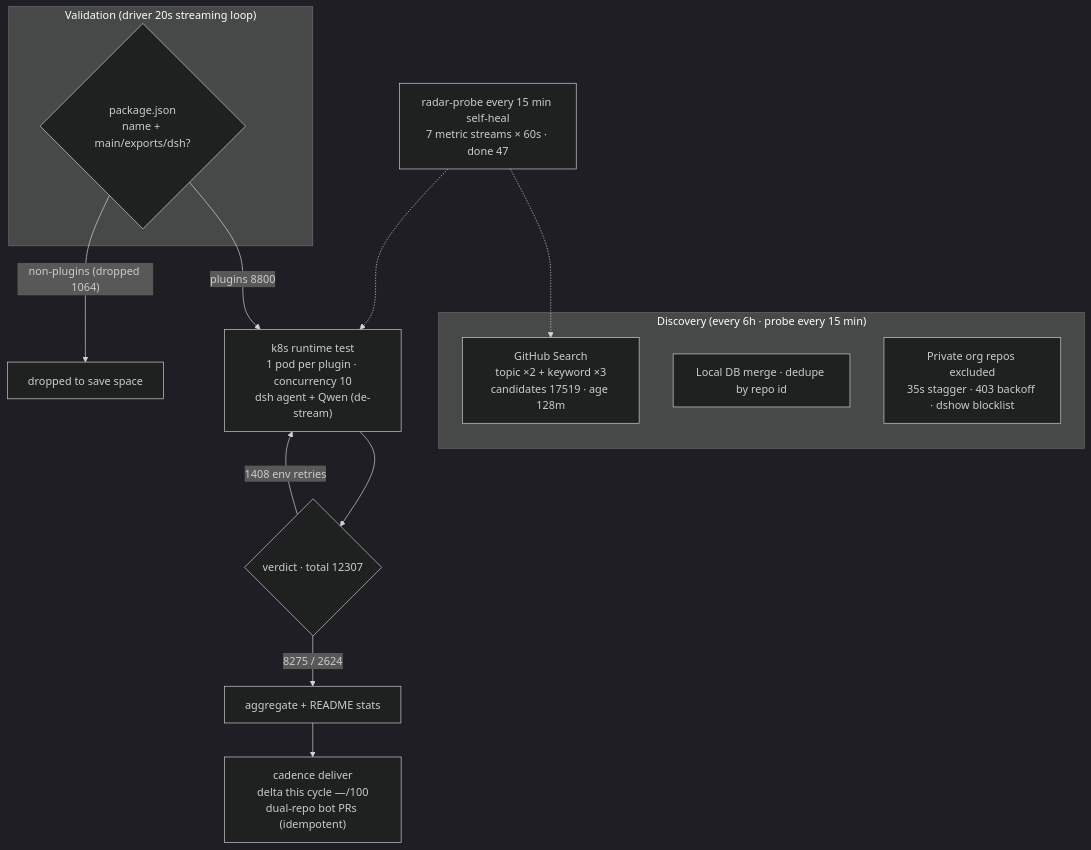
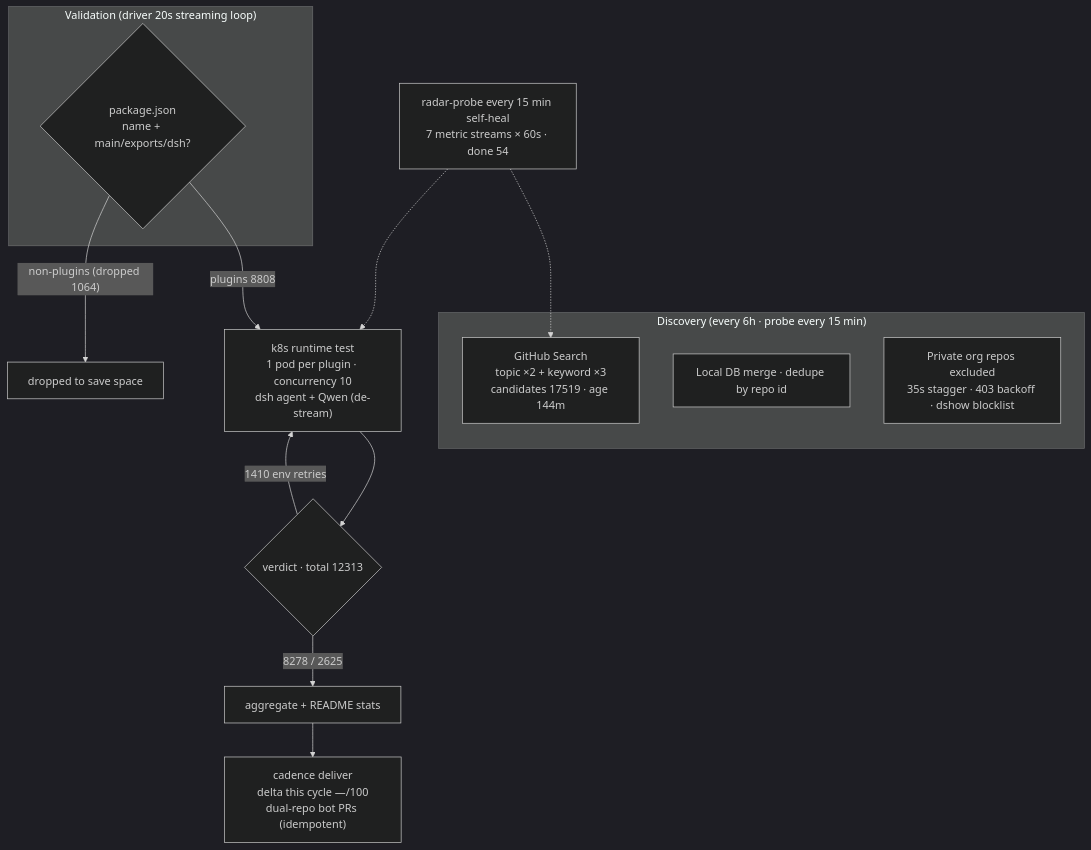
One commit to AdamPlatin123/awesome-dsh-plugins changed the diagram in README.en-US.md. Above: the diagram before and after it, drawn with Mermaid (dark theme). The commit also changed other lines of this file and 5 other files, not shown here.

````diff
--- a/README.en-US.md
+++ b/README.en-US.md
@@ -45,20 +45,20 @@
 ```mermaid
 flowchart TB
     subgraph Discovery["Discovery (every 6h · probe every 15 min)"]
-        A1["GitHub Search<br/>topic ×2 + keyword ×3<br/>candidates 17519 · age 128m"]
+        A1["GitHub Search<br/>topic ×2 + keyword ×3<br/>candidates 17519 · age 144m"]
         A2["Local DB merge · dedupe by repo id"]
         A3["Private org repos excluded<br/>35s stagger · 403 backoff · dshow blocklist"]
     end
     subgraph Validation["Validation (driver 20s streaming loop)"]
         B1{"package.json<br/>name + main/exports/dsh?"}
     end
-    B1 -->|"plugins 8800"| C1["k8s runtime test<br/>1 pod per plugin · concurrency 10<br/>dsh agent + Qwen (de-stream)"]
+    B1 -->|"plugins 8808"| C1["k8s runtime test<br/>1 pod per plugin · concurrency 10<br/>dsh agent + Qwen (de-stream)"]
     B1 -->|"non-plugins (dropped 1064)"| B3["dropped to save space"]
-    C1 --> D1{"verdict · total 12307"}
-    D1 -->|"8275 / 2624"| E1["aggregate + README stats"]
-    D1 -->|"1408 env retries"| C1
+    C1 --> D1{"verdict · total 12313"}
+    D1 -->|"8278 / 2625"| E1["aggregate + README stats"]
+    D1 -->|"1410 env retries"| C1
     E1 --> E2["cadence deliver<br/>delta this cycle —/100<br/>dual-repo bot PRs (idempotent)"]
-    M["radar-probe every 15 min self-heal<br/>7 metric streams × 60s · done 47"]
+    M["radar-probe every 15 min self-heal<br/>7 metric streams × 60s · done 54"]
     M -.-> A1
     M -.-> C1
 ```
````
